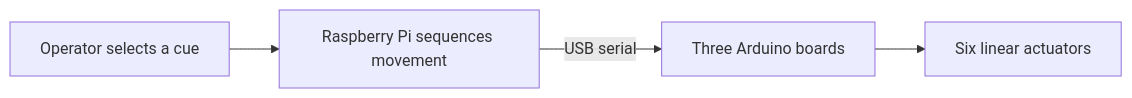
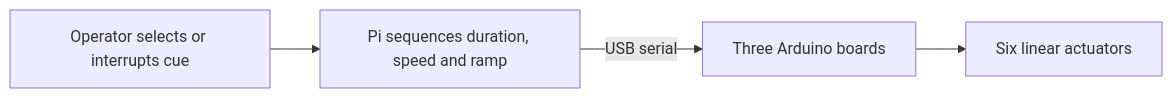
Before and after one commit to kadiru/susan-the-hexapod: the diagram in README.md, drawn with Mermaid. The commit also changed other lines of this file and 3 other files, not shown here.

````diff
--- a/README.md
+++ b/README.md
@@ -18,6 +23,6 @@
 ```mermaid
 flowchart LR
-    Operator["Operator selects a cue"] --> Pi["Raspberry Pi sequences movement"]
-    Pi -->|USB serial| Boards["Three Arduino boards"]
-    Boards --> Legs["Six linear actuators"]
+    O["Operator selects or interrupts cue"] --> P["Pi sequences duration, speed and ramp"]
+    P -->|USB serial| A["Three Arduino boards"]
+    A --> L["Six linear actuators"]
 ```
````
